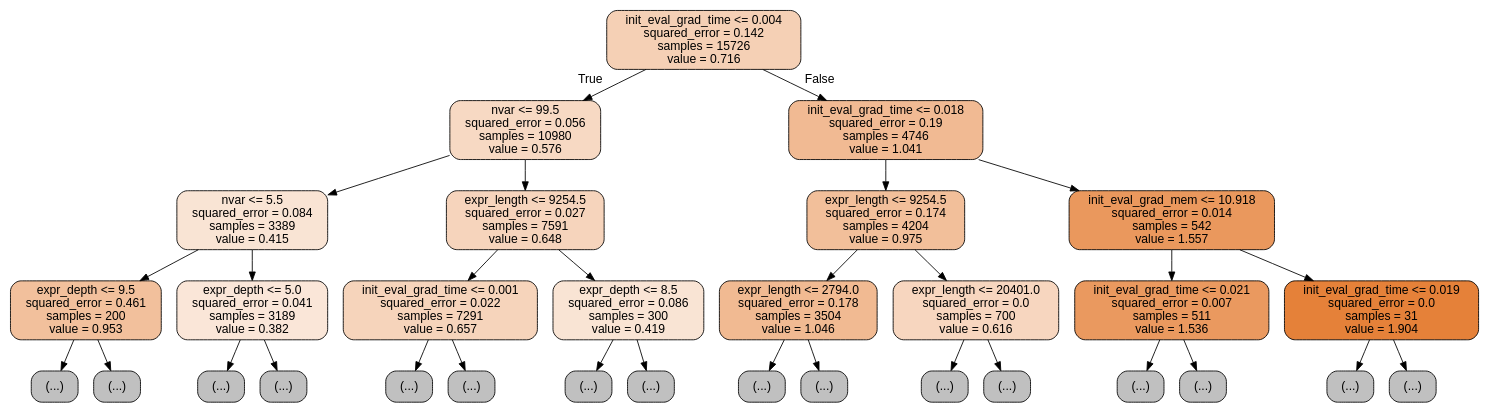
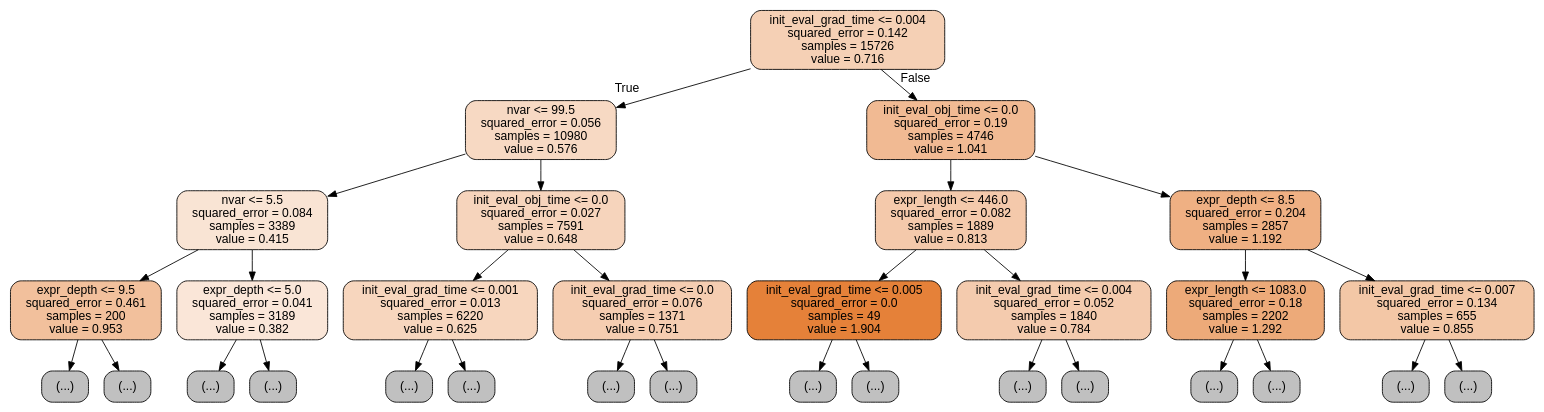
Before and after one commit to nishanmudalige/OptimizationParameterTuning: the diagram in Julia Notebook/src/regression_tree.dot, drawn with Graphviz. The commit also changed 10 other files, not shown here.

```diff
--- a/Julia Notebook/src/regression_tree.dot
+++ b/Julia Notebook/src/regression_tree.dot
@@ -1,65 +1,65 @@
 digraph Tree {
 node [shape=box, style="filled, rounded", color="black", fontname="helvetica"] ;
 edge [fontname="helvetica"] ;
 0 [label="init_eval_grad_time <= 0.004\nsquared_error = 0.142\nsamples = 15726\nvalue = 0.716", fillcolor="#f5d0b5"] ;
 1 [label="nvar <= 99.5\nsquared_error = 0.056\nsamples = 10980\nvalue = 0.576", fillcolor="#f7d9c3"] ;
 0 -> 1 [labeldistance=2.5, labelangle=45, headlabel="True"] ;
 2 [label="nvar <= 5.5\nsquared_error = 0.084\nsamples = 3389\nvalue = 0.415", fillcolor="#f9e4d4"] ;
 1 -> 2 ;
 3 [label="expr_depth <= 9.5\nsquared_error = 0.461\nsamples = 200\nvalue = 0.953", fillcolor="#f2c09c"] ;
 2 -> 3 ;
 4 [label="(...)", fillcolor="#C0C0C0"] ;
 3 -> 4 ;
-13 [label="(...)", fillcolor="#C0C0C0"] ;
-3 -> 13 ;
-24 [label="expr_depth <= 5.0\nsquared_error = 0.041\nsamples = 3189\nvalue = 0.382", fillcolor="#fae6d8"] ;
-2 -> 24 ;
-25 [label="(...)", fillcolor="#C0C0C0"] ;
-24 -> 25 ;
-36 [label="(...)", fillcolor="#C0C0C0"] ;
-24 -> 36 ;
-51 [label="expr_length <= 9254.5\nsquared_error = 0.027\nsamples = 7591\nvalue = 0.648", fillcolor="#f6d4bc"] ;
-1 -> 51 ;
-52 [label="init_eval_grad_time <= 0.001\nsquared_error = 0.022\nsamples = 7291\nvalue = 0.657", fillcolor="#f6d4bb"] ;
-51 -> 52 ;
-53 [label="(...)", fillcolor="#C0C0C0"] ;
-52 -> 53 ;
-68 [label="(...)", fillcolor="#C0C0C0"] ;
-52 -> 68 ;
-83 [label="expr_depth <= 8.5\nsquared_error = 0.086\nsamples = 300\nvalue = 0.419", fillcolor="#f9e4d4"] ;
-51 -> 83 ;
-84 [label="(...)", fillcolor="#C0C0C0"] ;
-83 -> 84 ;
-99 [label="(...)", fillcolor="#C0C0C0"] ;
-83 -> 99 ;
-108 [label="init_eval_grad_time <= 0.018\nsquared_error = 0.19\nsamples = 4746\nvalue = 1.041", fillcolor="#f1ba93"] ;
-0 -> 108 [labeldistance=2.5, labelangle=-45, headlabel="False"] ;
-109 [label="expr_length <= 9254.5\nsquared_error = 0.174\nsamples = 4204\nvalue = 0.975", fillcolor="#f2bf9a"] ;
-108 -> 109 ;
-110 [label="expr_length <= 2794.0\nsquared_error = 0.178\nsamples = 3504\nvalue = 1.046", fillcolor="#f1ba92"] ;
-109 -> 110 ;
-111 [label="(...)", fillcolor="#C0C0C0"] ;
-110 -> 111 ;
-124 [label="(...)", fillcolor="#C0C0C0"] ;
-110 -> 124 ;
-133 [label="expr_length <= 20401.0\nsquared_error = 0.0\nsamples = 700\nvalue = 0.616", fillcolor="#f7d6bf"] ;
-109 -> 133 ;
-134 [label="(...)", fillcolor="#C0C0C0"] ;
-133 -> 134 ;
-147 [label="(...)", fillcolor="#C0C0C0"] ;
-133 -> 147 ;
-160 [label="init_eval_grad_mem <= 10.918\nsquared_error = 0.014\nsamples = 542\nvalue = 1.557", fillcolor="#ea985d"] ;
-108 -> 160 ;
-161 [label="init_eval_grad_time <= 0.021\nsquared_error = 0.007\nsamples = 511\nvalue = 1.536", fillcolor="#ea995f"] ;
-160 -> 161 ;
-162 [label="(...)", fillcolor="#C0C0C0"] ;
-161 -> 162 ;
-163 [label="(...)", fillcolor="#C0C0C0"] ;
-161 -> 163 ;
-176 [label="init_eval_grad_time <= 0.019\nsquared_error = 0.0\nsamples = 31\nvalue = 1.904", fillcolor="#e58139"] ;
-160 -> 176 ;
-177 [label="(...)", fillcolor="#C0C0C0"] ;
-176 -> 177 ;
-180 [label="(...)", fillcolor="#C0C0C0"] ;
-176 -> 180 ;
+21 [label="(...)", fillcolor="#C0C0C0"] ;
+3 -> 21 ;
+36 [label="expr_depth <= 5.0\nsquared_error = 0.041\nsamples = 3189\nvalue = 0.382", fillcolor="#fae6d8"] ;
+2 -> 36 ;
+37 [label="(...)", fillcolor="#C0C0C0"] ;
+36 -> 37 ;
+64 [label="(...)", fillcolor="#C0C0C0"] ;
+36 -> 64 ;
+121 [label="init_eval_obj_time <= 0.0\nsquared_error = 0.027\nsamples = 7591\nvalue = 0.648", fillcolor="#f6d4bc"] ;
+1 -> 121 ;
+122 [label="init_eval_grad_time <= 0.001\nsquared_error = 0.013\nsamples = 6220\nvalue = 0.625", fillcolor="#f7d6be"] ;
+121 -> 122 ;
+123 [label="(...)", fillcolor="#C0C0C0"] ;
+122 -> 123 ;
+184 [label="(...)", fillcolor="#C0C0C0"] ;
+122 -> 184 ;
+237 [label="init_eval_grad_time <= 0.0\nsquared_error = 0.076\nsamples = 1371\nvalue = 0.751", fillcolor="#f5cdb1"] ;
+121 -> 237 ;
+238 [label="(...)", fillcolor="#C0C0C0"] ;
+237 -> 238 ;
+265 [label="(...)", fillcolor="#C0C0C0"] ;
+237 -> 265 ;
+316 [label="init_eval_obj_time <= 0.0\nsquared_error = 0.19\nsamples = 4746\nvalue = 1.041", fillcolor="#f1ba93"] ;
+0 -> 316 [labeldistance=2.5, labelangle=-45, headlabel="False"] ;
+317 [label="expr_length <= 446.0\nsquared_error = 0.082\nsamples = 1889\nvalue = 0.813", fillcolor="#f4c9ab"] ;
+316 -> 317 ;
+318 [label="init_eval_grad_time <= 0.005\nsquared_error = 0.0\nsamples = 49\nvalue = 1.904", fillcolor="#e58139"] ;
+317 -> 318 ;
+319 [label="(...)", fillcolor="#C0C0C0"] ;
+318 -> 319 ;
+322 [label="(...)", fillcolor="#C0C0C0"] ;
+318 -> 322 ;
+325 [label="init_eval_grad_time <= 0.004\nsquared_error = 0.052\nsamples = 1840\nvalue = 0.784", fillcolor="#f4cbae"] ;
+317 -> 325 ;
+326 [label="(...)", fillcolor="#C0C0C0"] ;
+325 -> 326 ;
+353 [label="(...)", fillcolor="#C0C0C0"] ;
+325 -> 353 ;
+404 [label="expr_depth <= 8.5\nsquared_error = 0.204\nsamples = 2857\nvalue = 1.192", fillcolor="#efb083"] ;
+316 -> 404 ;
+405 [label="expr_length <= 1083.0\nsquared_error = 0.18\nsamples = 2202\nvalue = 1.292", fillcolor="#edaa79"] ;
+404 -> 405 ;
+406 [label="(...)", fillcolor="#C0C0C0"] ;
+405 -> 406 ;
+455 [label="(...)", fillcolor="#C0C0C0"] ;
+405 -> 455 ;
+486 [label="init_eval_grad_time <= 0.007\nsquared_error = 0.134\nsamples = 655\nvalue = 0.855", fillcolor="#f3c7a6"] ;
+404 -> 486 ;
+487 [label="(...)", fillcolor="#C0C0C0"] ;
+486 -> 487 ;
+522 [label="(...)", fillcolor="#C0C0C0"] ;
+486 -> 522 ;
 }
```
